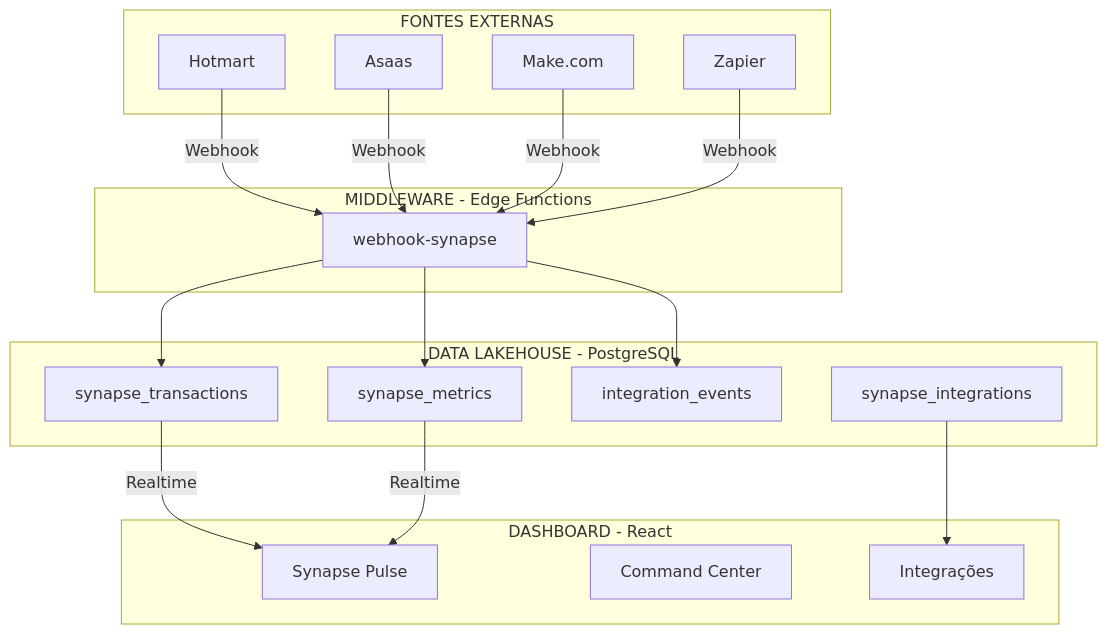
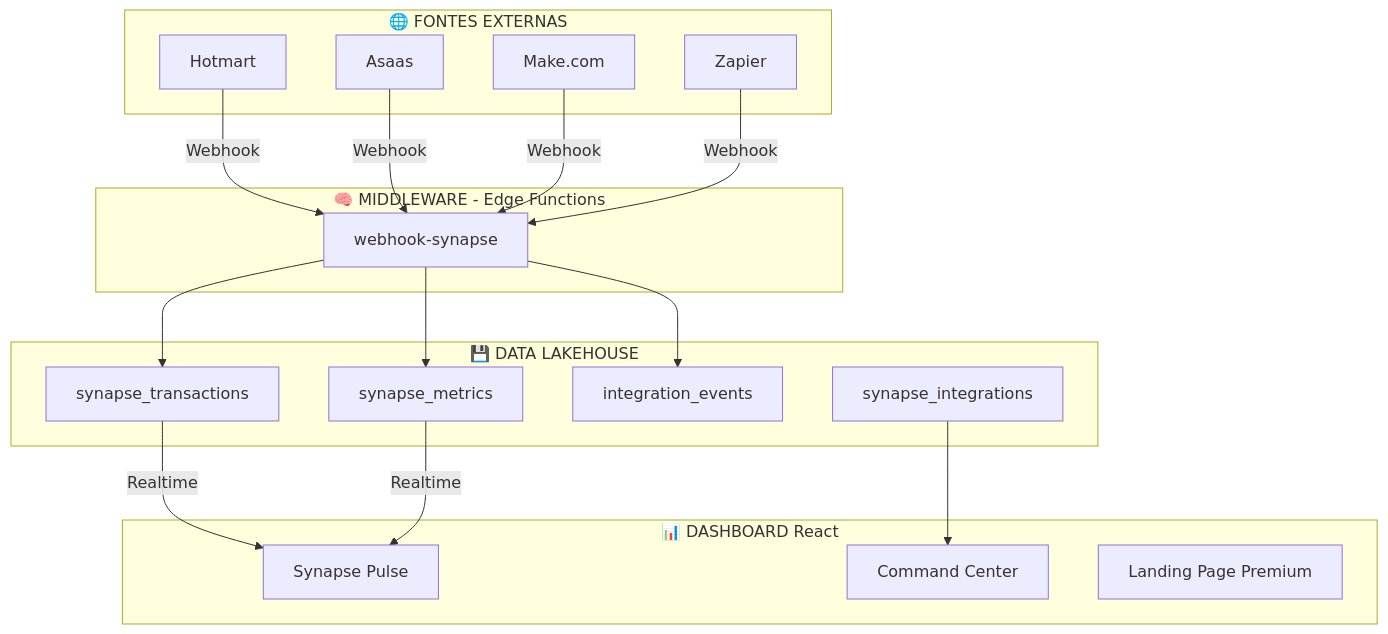
One commit to moisesblank/people-flow-desk changed the diagram in CHECKLIST_SYNAPSE.md. Above: the diagram before and after it, drawn with Mermaid. The commit also changed other lines of this file and 5 other files, not shown here.

````diff
--- a/CHECKLIST_SYNAPSE.md
+++ b/CHECKLIST_SYNAPSE.md
@@ -59,31 +73,31 @@
 ```mermaid
 graph TB
-    subgraph "FONTES EXTERNAS"
+    subgraph "🌐 FONTES EXTERNAS"
         H[Hotmart]
         A[Asaas]
         M[Make.com]
         Z[Zapier]
     end
     
-    subgraph "MIDDLEWARE - Edge Functions"
+    subgraph "🧠 MIDDLEWARE - Edge Functions"
         W[webhook-synapse]
     end
     
-    subgraph "DATA LAKEHOUSE - PostgreSQL"
+    subgraph "💾 DATA LAKEHOUSE"
         T[synapse_transactions]
         ME[synapse_metrics]
         IE[integration_events]
         SI[synapse_integrations]
     end
     
-    subgraph "DASHBOARD - React"
+    subgraph "📊 DASHBOARD React"
         SP[Synapse Pulse]
         SC[Command Center]
-        SI2[Integrações]
+        LP[Landing Page Premium]
     end
     
     H & A & M & Z -->|Webhook| W
     W --> T & ME & IE
     T & ME -->|Realtime| SP
-    SI --> SI2
+    SI --> SC
 ```
````
